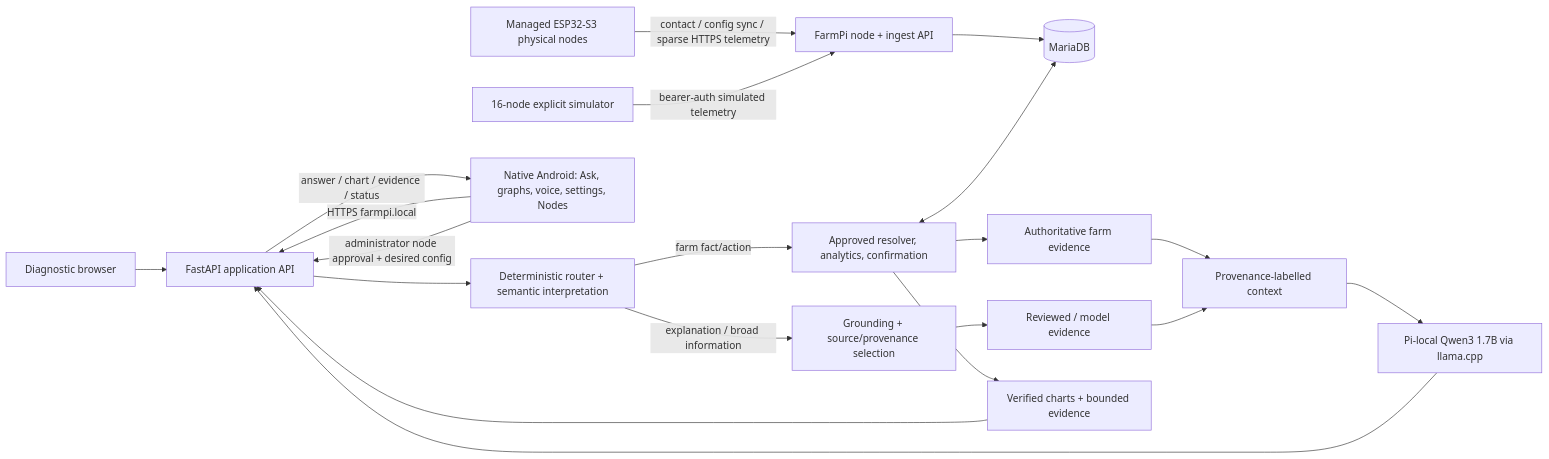
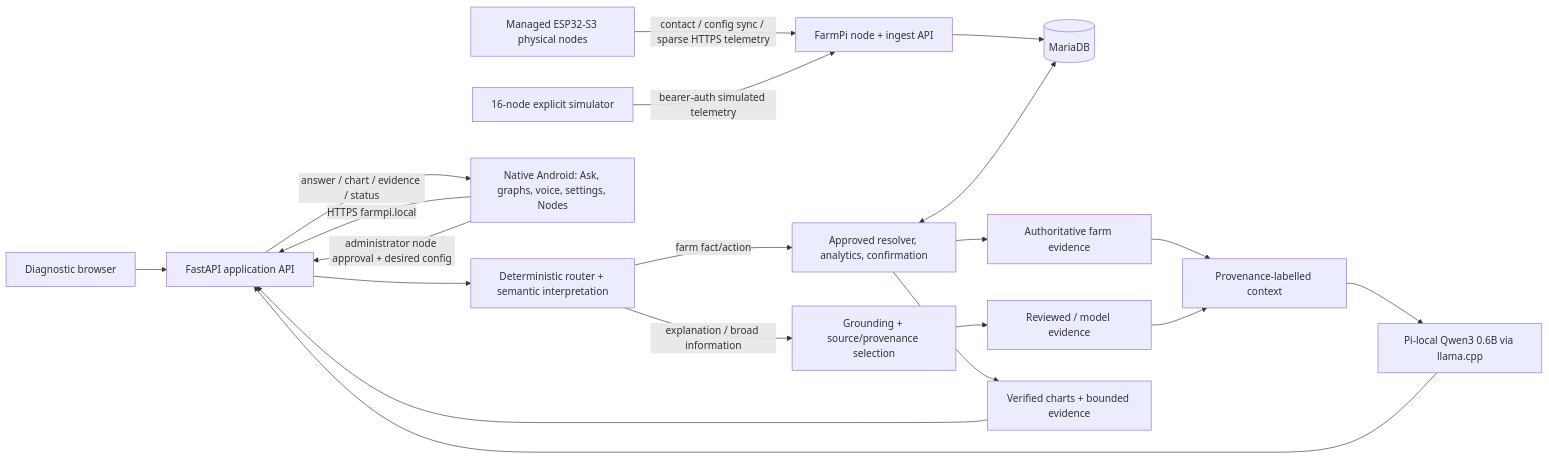
Before and after one commit to w0rmy/farmpi: the diagram in docs/diagrams/system-architecture.mmd, drawn with Mermaid.

Commit message:
Update architecture diagram model label

```diff
--- a/docs/diagrams/system-architecture.mmd
+++ b/docs/diagrams/system-architecture.mmd
@@ -1,20 +1,20 @@
 flowchart LR
   P[Managed ESP32-S3 physical nodes] -->|contact / config sync / sparse HTTPS telemetry| I[FarmPi node + ingest API]
   S[16-node explicit simulator] -->|bearer-auth simulated telemetry| I
   I --> D[(MariaDB)]
   W[Diagnostic browser] --> A[FastAPI application API]
   N[Native Android: Ask, graphs, voice, settings, Nodes] -->|HTTPS farmpi.local| A
   A --> R[Deterministic router + semantic interpretation]
   R -->|farm fact/action| X[Approved resolver, analytics, confirmation]
   R -->|explanation / broad information| K[Grounding + source/provenance selection]
   X <--> D
   X --> PEV[Authoritative farm evidence]
   K --> SEV[Reviewed / model evidence]
   PEV --> C[Provenance-labelled context]
   SEV --> C
-  C --> Q[Pi-local Qwen3 1.7B via llama.cpp]
+  C --> Q[Pi-local Qwen3 0.6B via llama.cpp]
   Q --> A
   X --> G[Verified charts + bounded evidence]
   G --> A
   A -->|answer / chart / evidence / status| N
   N -->|administrator node approval + desired config| A
```
